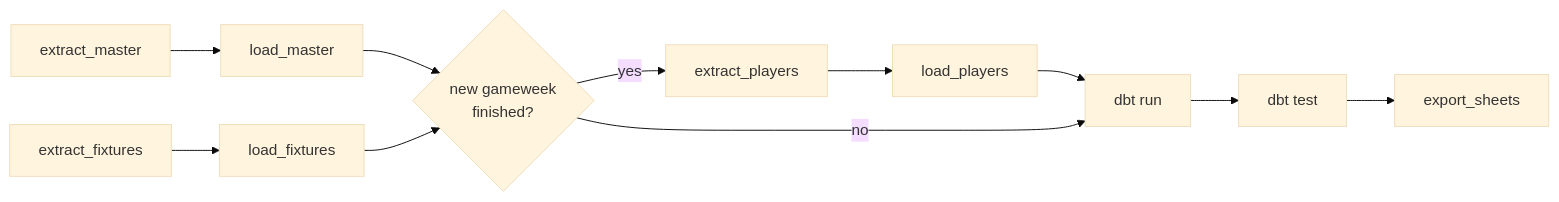
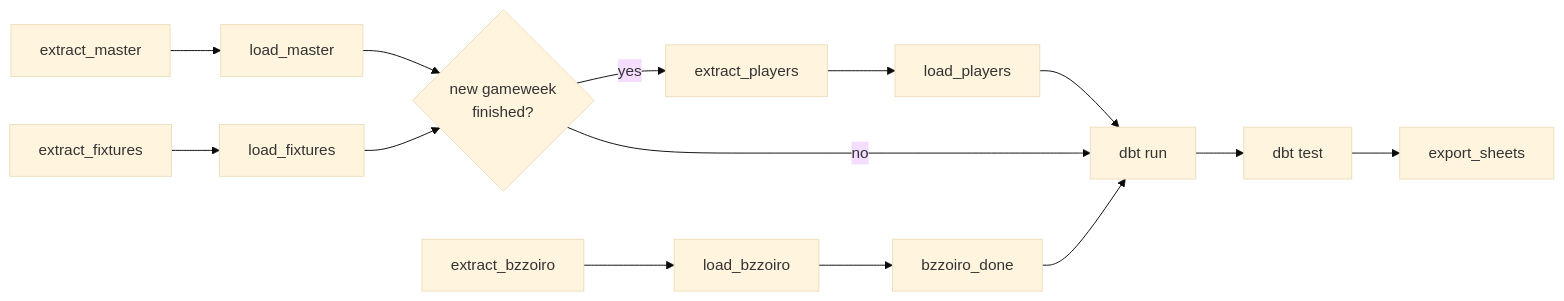
Before and after one commit to yutsz1203/fpl-data-pipeline: the second of 4 diagrams in README.md, drawn with Mermaid (base theme). The commit also changed other lines of this file and 1 other file, not shown here.

First line of the commit message:
docs: document the Bzzoiro source, new marts and MCP tools

````diff
--- a/README.md
+++ b/README.md
@@ -39,9 +41,10 @@
 ```mermaid
 flowchart LR
     em[extract_master] --> lm[load_master]
     ef[extract_fixtures] --> lf[load_fixtures]
     lm --> gate{new gameweek<br/>finished?}
     lf --> gate
     gate -- yes --> ep[extract_players] --> lp[load_players] --> run[dbt run] --> test[dbt test] --> exp[export_sheets]
     gate -- no --> run
+    eb[extract_bzzoiro] --> lb[load_bzzoiro] --> bd[bzzoiro_done] --> run
 ```
````
